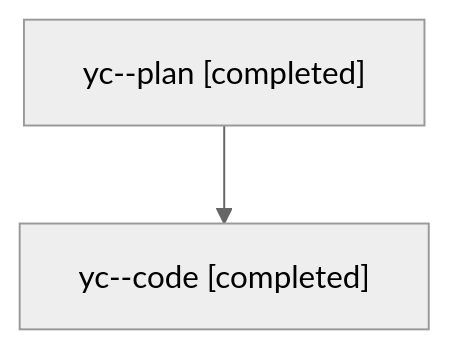
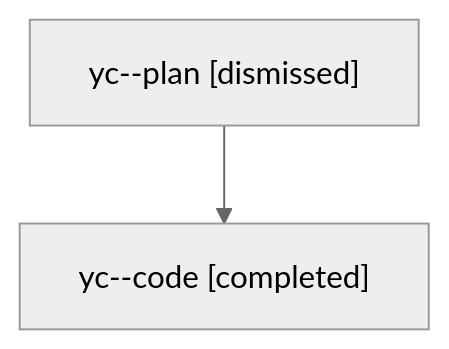
The diagram in families/bbugyi200.athena.yc.md (sase-org/sase--agents), drawn with Mermaid (neutral theme) before and after one commit. The commit also changed other lines of this file and 1607 other files, not shown here.

````diff
--- a/families/bbugyi200.athena.yc.md
+++ b/families/bbugyi200.athena.yc.md
@@ -9,6 +9,6 @@
 ```mermaid
 flowchart TD
-  n0["yc--plan [completed]"]
+  n0["yc--plan [dismissed]"]
   n1["yc--code [completed]"]
   n0 --> n1
 ```
````
